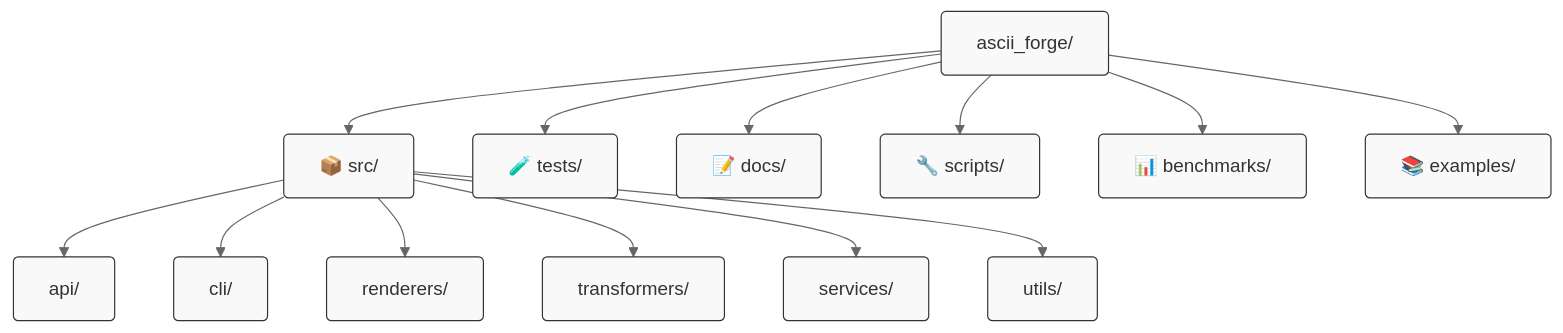
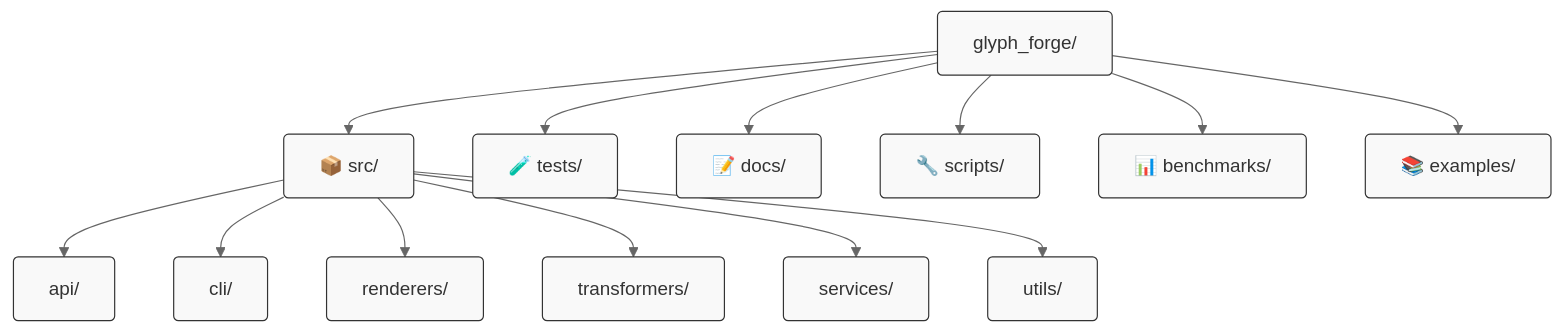
One commit to Ace1928/glyph_forge changed the first of 4 diagrams in project_structure.md. Above: the diagram before and after it, drawn with Mermaid (neutral theme). The commit also changed other lines of this file and 62 other files, not shown here.

Commit message:
began refactor: rename project from ASCII Forge to Glyph Forge and restructure services

````diff
--- a/project_structure.md
+++ b/project_structure.md
@@ -7,20 +7,20 @@
 ```mermaid
 graph TD
-    Root["ascii_forge/"] --> Src["📦 src/"]
+    Root["glyph_forge/"] --> Src["📦 src/"]
     Root --> Tests["🧪 tests/"]
     Root --> Docs["📝 docs/"]
     Root --> Scripts["🔧 scripts/"]
     Root --> Benchmarks["📊 benchmarks/"]
     Root --> Examples["📚 examples/"]
     
     Src --> API["api/"]
     Src --> CLI["cli/"]
     Src --> Renderers["renderers/"]
     Src --> Transformers["transformers/"]
     Src --> Services["services/"]
     Src --> Utils["utils/"]
     
     class Root,Src,API,CLI,Renderers,Transformers,Services,Utils,Tests,Docs,Scripts,Benchmarks,Examples nodeStyle;
     
     classDef nodeStyle fill:#f9f9f9,stroke:#333,stroke-width:1px,color:#333,rx:4,ry:4;
 ```
````
